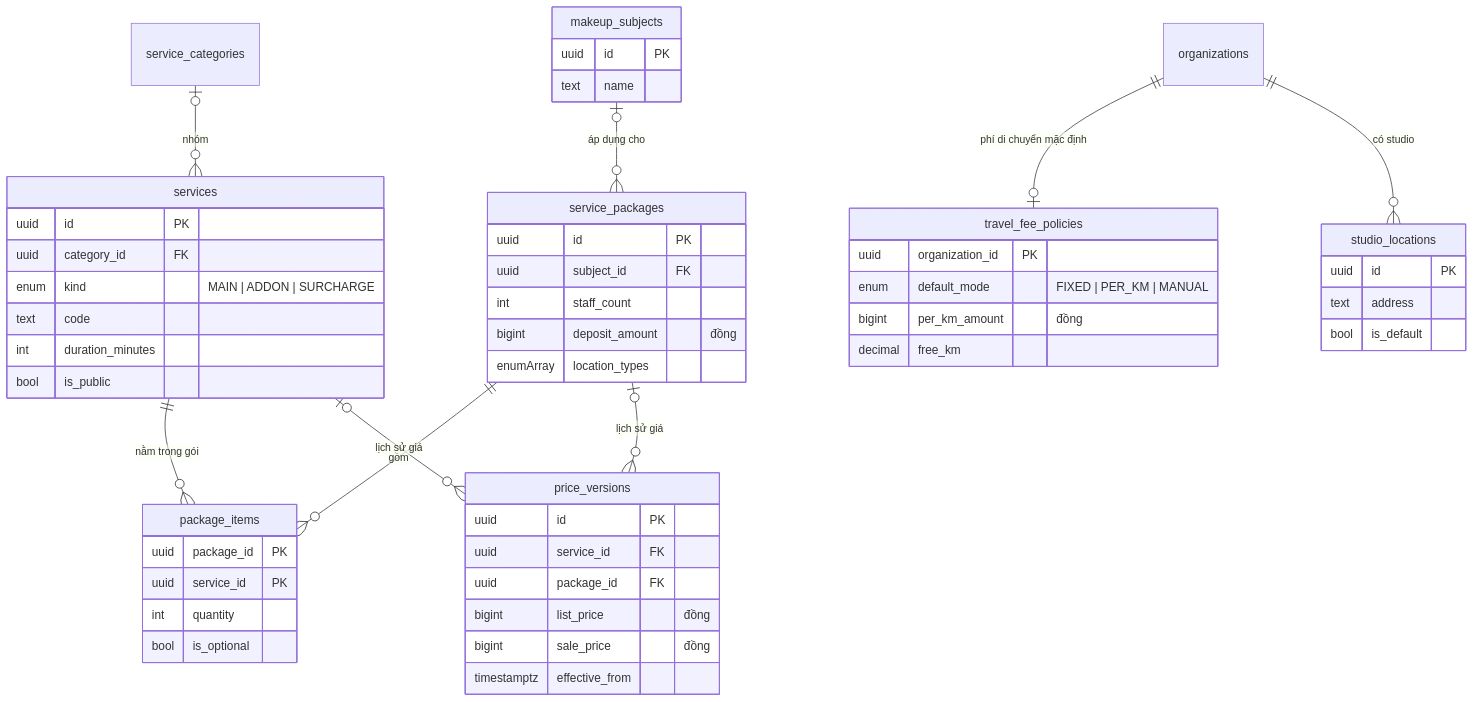
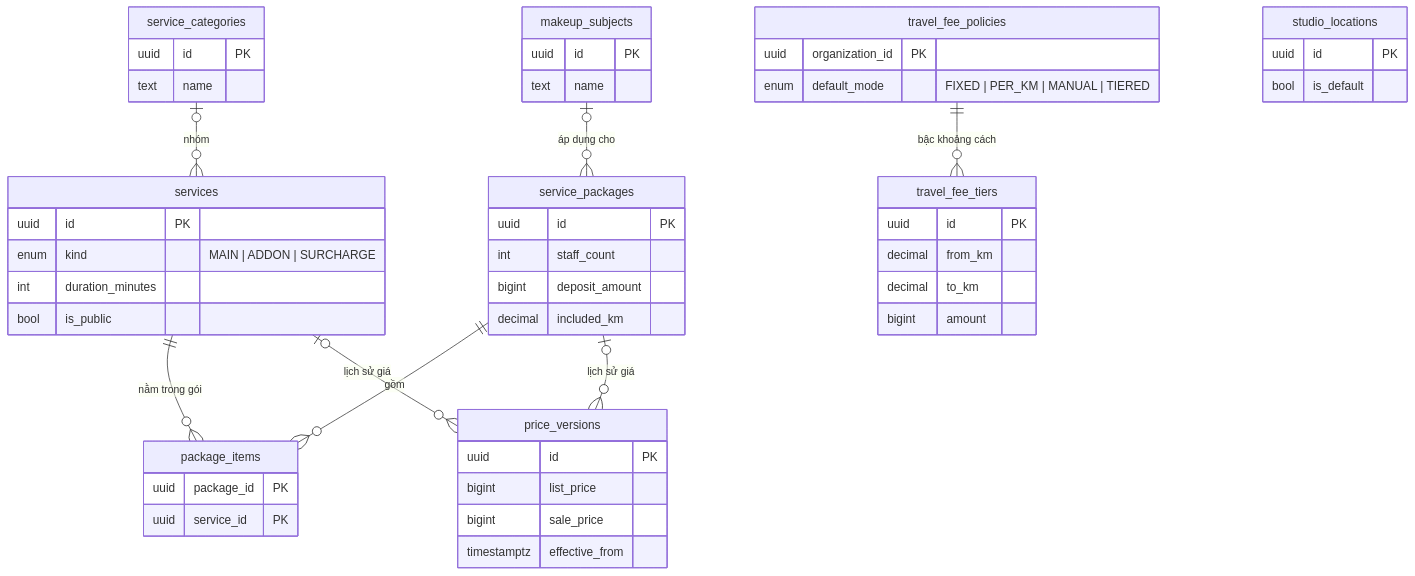
The second of 5 diagrams in docs/DATABASE_SCHEMA.md (SSSTUDIO96/a), drawn with Mermaid before and after one commit. The commit also changed other lines of this file and 93 other files, not shown here.

````diff
--- a/docs/DATABASE_SCHEMA.md
+++ b/docs/DATABASE_SCHEMA.md
@@ -147,56 +170,55 @@
 ```mermaid
 erDiagram
   service_categories |o--o{ services : "nhóm"
   service_packages ||--o{ package_items : "gồm"
   services ||--o{ package_items : "nằm trong gói"
   services |o--o{ price_versions : "lịch sử giá"
   service_packages |o--o{ price_versions : "lịch sử giá"
   makeup_subjects |o--o{ service_packages : "áp dụng cho"
-  organizations ||--o| travel_fee_policies : "phí di chuyển mặc định"
-  organizations ||--o{ studio_locations : "có studio"
+  travel_fee_policies ||--o{ travel_fee_tiers : "bậc khoảng cách"
 
   services {
     uuid id PK
-    uuid category_id FK
     enum kind "MAIN | ADDON | SURCHARGE"
-    text code
     int duration_minutes
     bool is_public
   }
   service_packages {
     uuid id PK
-    uuid subject_id FK
     int staff_count
-    bigint deposit_amount "đồng"
-    enumArray location_types
+    bigint deposit_amount
+    decimal included_km
   }
   package_items {
     uuid package_id PK
     uuid service_id PK
-    int quantity
-    bool is_optional
   }
   price_versions {
     uuid id PK
-    uuid service_id FK
-    uuid package_id FK
-    bigint list_price "đồng"
-    bigint sale_price "đồng"
+    bigint list_price
+    bigint sale_price
     timestamptz effective_from
   }
   makeup_subjects {
     uuid id PK
     text name
   }
   studio_locations {
     uuid id PK
-    text address
     bool is_default
   }
   travel_fee_policies {
     uuid organization_id PK
-    enum default_mode "FIXED | PER_KM | MANUAL"
-    bigint per_km_amount "đồng"
-    decimal free_km
+    enum default_mode "FIXED | PER_KM | MANUAL | TIERED"
+  }
+  travel_fee_tiers {
+    uuid id PK
+    decimal from_km
+    decimal to_km
+    bigint amount
+  }
+  service_categories {
+    uuid id PK
+    text name
   }
 ```
````
